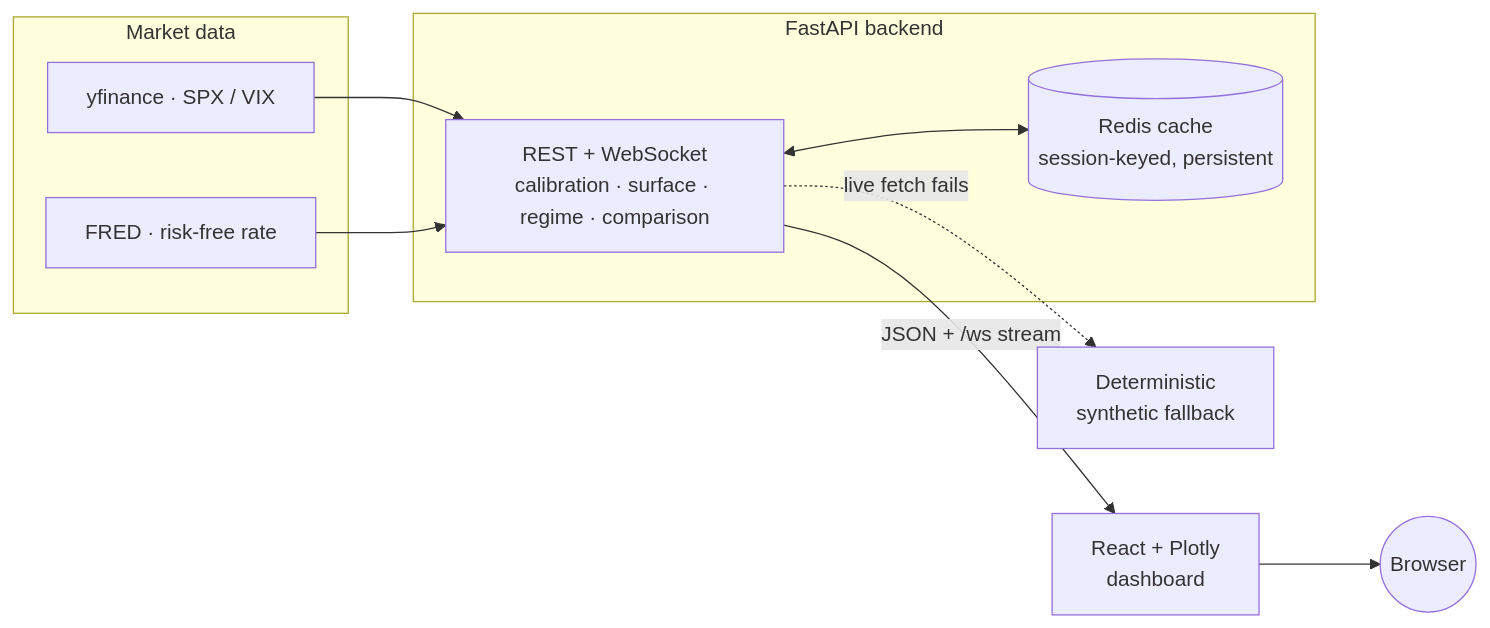
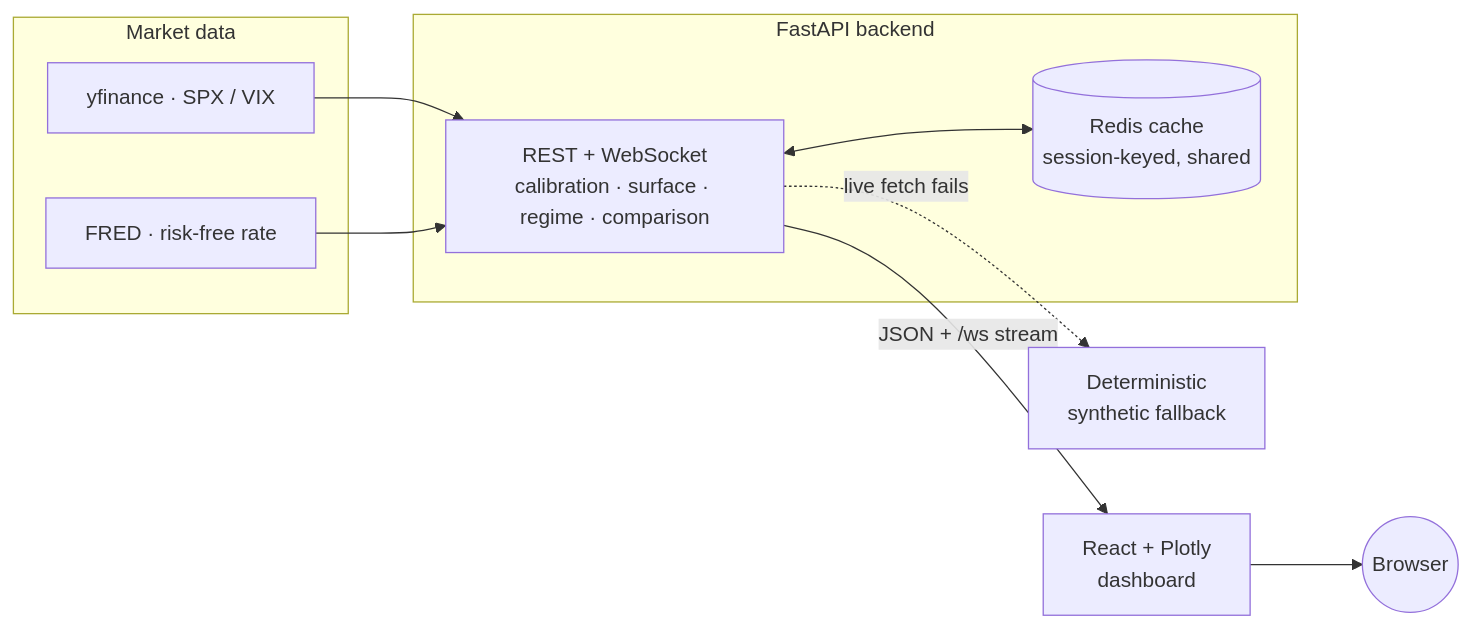
Before and after one commit to austxu/heston-regime-lab: the diagram in README.md, drawn with Mermaid. The commit also changed other lines of this file and 92 other files, not shown here.

````diff
--- a/README.md
+++ b/README.md
@@ -21,17 +20,17 @@
 ```mermaid
 flowchart LR
   subgraph sources["Market data"]
     yf["yfinance · SPX / VIX"]
     fred["FRED · risk-free rate"]
   end
   yf --> API
   fred --> API
   subgraph backend["FastAPI backend"]
     API["REST + WebSocket<br/>calibration · surface · regime · comparison"]
-    REDIS[("Redis cache<br/>session-keyed, persistent")]
+    REDIS[("Redis cache<br/>session-keyed, shared")]
     API <--> REDIS
   end
   API -. "live fetch fails" .-> SYN["Deterministic<br/>synthetic fallback"]
   API -->|"JSON + /ws stream"| FE["React + Plotly<br/>dashboard"]
   FE --> USER((Browser))
 ```
````
